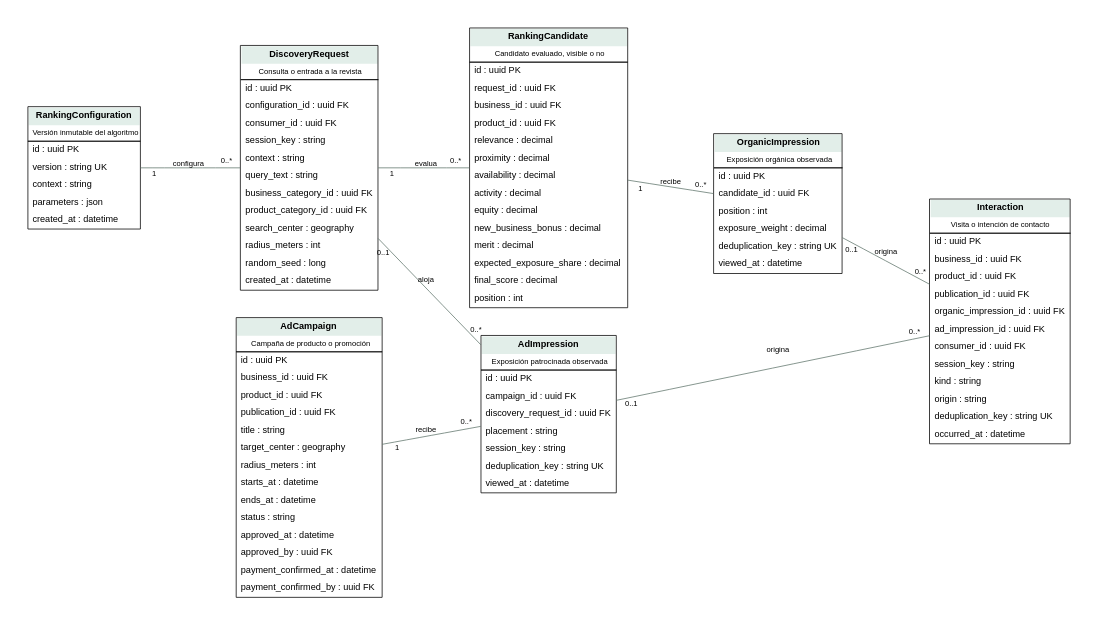
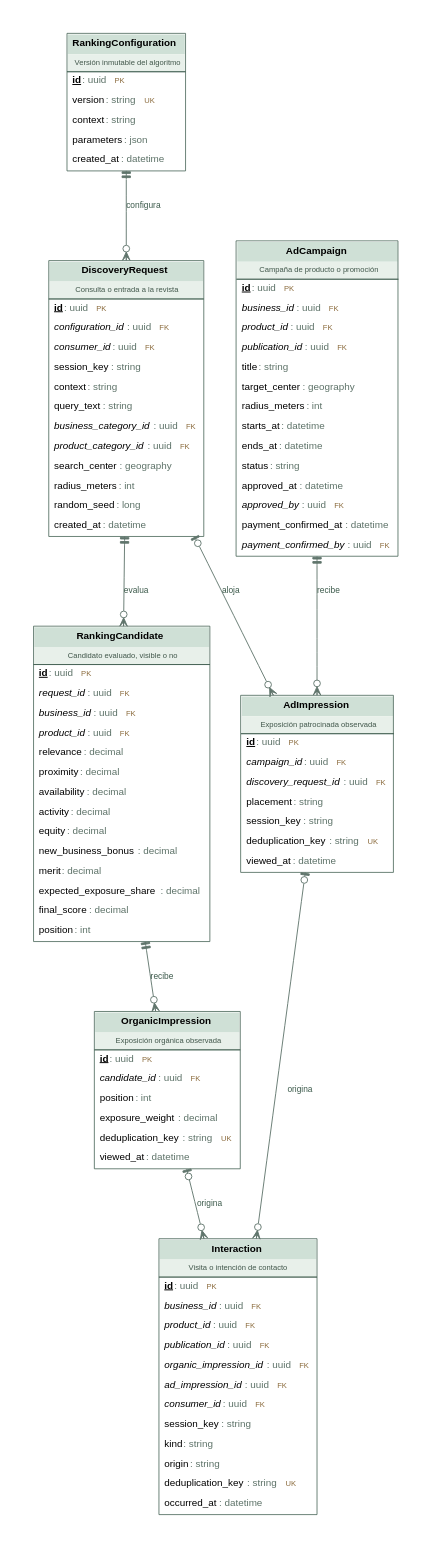
One commit to agustinlopez23/tesis changed the diagram in Doc/model/figures/ER-03-descubrimiento.dot. Above: the diagram before and after it, drawn with Graphviz. The commit also changed 420 other files, not shown here.

```diff
--- a/Doc/model/figures/ER-03-descubrimiento.dot
+++ b/Doc/model/figures/ER-03-descubrimiento.dot
@@ -1,13 +1,13 @@
-digraph G { graph [rankdir=LR,bgcolor="white",pad=0.4,nodesep=0.5,ranksep=1.2]; node [shape=plain,fontname="Arial",fontsize=12]; edge [fontname="Arial",fontsize=10,color="#60756c"]; RankingConfiguration [label=<<TABLE BORDER="1" CELLBORDER="0" CELLSPACING="0" CELLPADDING="5"><TR><TD BGCOLOR="#e2eee9"><B>RankingConfiguration</B></TD></TR><TR><TD><FONT POINT-SIZE="10">Versión inmutable del algoritmo</FONT></TD></TR><HR/><TR><TD ALIGN="LEFT">id : uuid PK</TD></TR><TR><TD ALIGN="LEFT">version : string UK</TD></TR><TR><TD ALIGN="LEFT">context : string </TD></TR><TR><TD ALIGN="LEFT">parameters : json </TD></TR><TR><TD ALIGN="LEFT">created_at : datetime </TD></TR></TABLE>>];
-DiscoveryRequest [label=<<TABLE BORDER="1" CELLBORDER="0" CELLSPACING="0" CELLPADDING="5"><TR><TD BGCOLOR="#e2eee9"><B>DiscoveryRequest</B></TD></TR><TR><TD><FONT POINT-SIZE="10">Consulta o entrada a la revista</FONT></TD></TR><HR/><TR><TD ALIGN="LEFT">id : uuid PK</TD></TR><TR><TD ALIGN="LEFT">configuration_id : uuid FK</TD></TR><TR><TD ALIGN="LEFT">consumer_id : uuid FK</TD></TR><TR><TD ALIGN="LEFT">session_key : string </TD></TR><TR><TD ALIGN="LEFT">context : string </TD></TR><TR><TD ALIGN="LEFT">query_text : string </TD></TR><TR><TD ALIGN="LEFT">business_category_id : uuid FK</TD></TR><TR><TD ALIGN="LEFT">product_category_id : uuid FK</TD></TR><TR><TD ALIGN="LEFT">search_center : geography </TD></TR><TR><TD ALIGN="LEFT">radius_meters : int </TD></TR><TR><TD ALIGN="LEFT">random_seed : long </TD></TR><TR><TD ALIGN="LEFT">created_at : datetime </TD></TR></TABLE>>];
-RankingCandidate [label=<<TABLE BORDER="1" CELLBORDER="0" CELLSPACING="0" CELLPADDING="5"><TR><TD BGCOLOR="#e2eee9"><B>RankingCandidate</B></TD></TR><TR><TD><FONT POINT-SIZE="10">Candidato evaluado, visible o no</FONT></TD></TR><HR/><TR><TD ALIGN="LEFT">id : uuid PK</TD></TR><TR><TD ALIGN="LEFT">request_id : uuid FK</TD></TR><TR><TD ALIGN="LEFT">business_id : uuid FK</TD></TR><TR><TD ALIGN="LEFT">product_id : uuid FK</TD></TR><TR><TD ALIGN="LEFT">relevance : decimal </TD></TR><TR><TD ALIGN="LEFT">proximity : decimal </TD></TR><TR><TD ALIGN="LEFT">availability : decimal </TD></TR><TR><TD ALIGN="LEFT">activity : decimal </TD></TR><TR><TD ALIGN="LEFT">equity : decimal </TD></TR><TR><TD ALIGN="LEFT">new_business_bonus : decimal </TD></TR><TR><TD ALIGN="LEFT">merit : decimal </TD></TR><TR><TD ALIGN="LEFT">expected_exposure_share : decimal </TD></TR><TR><TD ALIGN="LEFT">final_score : decimal </TD></TR><TR><TD ALIGN="LEFT">position : int </TD></TR></TABLE>>];
-OrganicImpression [label=<<TABLE BORDER="1" CELLBORDER="0" CELLSPACING="0" CELLPADDING="5"><TR><TD BGCOLOR="#e2eee9"><B>OrganicImpression</B></TD></TR><TR><TD><FONT POINT-SIZE="10">Exposición orgánica observada</FONT></TD></TR><HR/><TR><TD ALIGN="LEFT">id : uuid PK</TD></TR><TR><TD ALIGN="LEFT">candidate_id : uuid FK</TD></TR><TR><TD ALIGN="LEFT">position : int </TD></TR><TR><TD ALIGN="LEFT">exposure_weight : decimal </TD></TR><TR><TD ALIGN="LEFT">deduplication_key : string UK</TD></TR><TR><TD ALIGN="LEFT">viewed_at : datetime </TD></TR></TABLE>>];
-AdCampaign [label=<<TABLE BORDER="1" CELLBORDER="0" CELLSPACING="0" CELLPADDING="5"><TR><TD BGCOLOR="#e2eee9"><B>AdCampaign</B></TD></TR><TR><TD><FONT POINT-SIZE="10">Campaña de producto o promoción</FONT></TD></TR><HR/><TR><TD ALIGN="LEFT">id : uuid PK</TD></TR><TR><TD ALIGN="LEFT">business_id : uuid FK</TD></TR><TR><TD ALIGN="LEFT">product_id : uuid FK</TD></TR><TR><TD ALIGN="LEFT">publication_id : uuid FK</TD></TR><TR><TD ALIGN="LEFT">title : string </TD></TR><TR><TD ALIGN="LEFT">target_center : geography </TD></TR><TR><TD ALIGN="LEFT">radius_meters : int </TD></TR><TR><TD ALIGN="LEFT">starts_at : datetime </TD></TR><TR><TD ALIGN="LEFT">ends_at : datetime </TD></TR><TR><TD ALIGN="LEFT">status : string </TD></TR><TR><TD ALIGN="LEFT">approved_at : datetime </TD></TR><TR><TD ALIGN="LEFT">approved_by : uuid FK</TD></TR><TR><TD ALIGN="LEFT">payment_confirmed_at : datetime </TD></TR><TR><TD ALIGN="LEFT">payment_confirmed_by : uuid FK</TD></TR></TABLE>>];
-AdImpression [label=<<TABLE BORDER="1" CELLBORDER="0" CELLSPACING="0" CELLPADDING="5"><TR><TD BGCOLOR="#e2eee9"><B>AdImpression</B></TD></TR><TR><TD><FONT POINT-SIZE="10">Exposición patrocinada observada</FONT></TD></TR><HR/><TR><TD ALIGN="LEFT">id : uuid PK</TD></TR><TR><TD ALIGN="LEFT">campaign_id : uuid FK</TD></TR><TR><TD ALIGN="LEFT">discovery_request_id : uuid FK</TD></TR><TR><TD ALIGN="LEFT">placement : string </TD></TR><TR><TD ALIGN="LEFT">session_key : string </TD></TR><TR><TD ALIGN="LEFT">deduplication_key : string UK</TD></TR><TR><TD ALIGN="LEFT">viewed_at : datetime </TD></TR></TABLE>>];
-Interaction [label=<<TABLE BORDER="1" CELLBORDER="0" CELLSPACING="0" CELLPADDING="5"><TR><TD BGCOLOR="#e2eee9"><B>Interaction</B></TD></TR><TR><TD><FONT POINT-SIZE="10">Visita o intención de contacto</FONT></TD></TR><HR/><TR><TD ALIGN="LEFT">id : uuid PK</TD></TR><TR><TD ALIGN="LEFT">business_id : uuid FK</TD></TR><TR><TD ALIGN="LEFT">product_id : uuid FK</TD></TR><TR><TD ALIGN="LEFT">publication_id : uuid FK</TD></TR><TR><TD ALIGN="LEFT">organic_impression_id : uuid FK</TD></TR><TR><TD ALIGN="LEFT">ad_impression_id : uuid FK</TD></TR><TR><TD ALIGN="LEFT">consumer_id : uuid FK</TD></TR><TR><TD ALIGN="LEFT">session_key : string </TD></TR><TR><TD ALIGN="LEFT">kind : string </TD></TR><TR><TD ALIGN="LEFT">origin : string </TD></TR><TR><TD ALIGN="LEFT">deduplication_key : string UK</TD></TR><TR><TD ALIGN="LEFT">occurred_at : datetime </TD></TR></TABLE>>]; RankingConfiguration -> DiscoveryRequest [dir=none,taillabel="1",headlabel="0..*",label="configura",labeldistance=2];
-DiscoveryRequest -> RankingCandidate [dir=none,taillabel="1",headlabel="0..*",label="evalua",labeldistance=2];
-RankingCandidate -> OrganicImpression [dir=none,taillabel="1",headlabel="0..*",label="recibe",labeldistance=2];
-AdCampaign -> AdImpression [dir=none,taillabel="1",headlabel="0..*",label="recibe",labeldistance=2];
-DiscoveryRequest -> AdImpression [dir=none,taillabel="0..1",headlabel="0..*",label="aloja",labeldistance=2];
-OrganicImpression -> Interaction [dir=none,taillabel="0..1",headlabel="0..*",label="origina",labeldistance=2];
-AdImpression -> Interaction [dir=none,taillabel="0..1",headlabel="0..*",label="origina",labeldistance=2]; }
+digraph G { graph [rankdir=TB,bgcolor="white",pad=0.5,nodesep=0.55,ranksep=1.1,splines=polyline,concentrate=false,fontname="Arial"]; node [shape=plain,fontname="Arial",fontsize=13]; edge [fontname="Arial",fontsize=11,color="#60756c",penwidth=1.2,arrowsize=1.1]; RankingConfiguration [label=<<TABLE BORDER="1" CELLBORDER="0" CELLSPACING="0" CELLPADDING="6" COLOR="#3f5d4e"><TR><TD BGCOLOR="#cfe0d6"><B>RankingConfiguration</B></TD></TR><TR><TD BGCOLOR="#e8f0ea"><FONT POINT-SIZE="10" COLOR="#40564a">Versión inmutable del algoritmo</FONT></TD></TR><HR/><TR><TD ALIGN="LEFT"><B><U>id</U></B><FONT COLOR="#5d7268"> : uuid</FONT><FONT COLOR="#8a6a3c" POINT-SIZE="10">   PK</FONT></TD></TR><TR><TD ALIGN="LEFT">version<FONT COLOR="#5d7268"> : string</FONT><FONT COLOR="#8a6a3c" POINT-SIZE="10">   UK</FONT></TD></TR><TR><TD ALIGN="LEFT">context<FONT COLOR="#5d7268"> : string</FONT></TD></TR><TR><TD ALIGN="LEFT">parameters<FONT COLOR="#5d7268"> : json</FONT></TD></TR><TR><TD ALIGN="LEFT">created_at<FONT COLOR="#5d7268"> : datetime</FONT></TD></TR></TABLE>>];
+DiscoveryRequest [label=<<TABLE BORDER="1" CELLBORDER="0" CELLSPACING="0" CELLPADDING="6" COLOR="#3f5d4e"><TR><TD BGCOLOR="#cfe0d6"><B>DiscoveryRequest</B></TD></TR><TR><TD BGCOLOR="#e8f0ea"><FONT POINT-SIZE="10" COLOR="#40564a">Consulta o entrada a la revista</FONT></TD></TR><HR/><TR><TD ALIGN="LEFT"><B><U>id</U></B><FONT COLOR="#5d7268"> : uuid</FONT><FONT COLOR="#8a6a3c" POINT-SIZE="10">   PK</FONT></TD></TR><TR><TD ALIGN="LEFT"><I>configuration_id</I><FONT COLOR="#5d7268"> : uuid</FONT><FONT COLOR="#8a6a3c" POINT-SIZE="10">   FK</FONT></TD></TR><TR><TD ALIGN="LEFT"><I>consumer_id</I><FONT COLOR="#5d7268"> : uuid</FONT><FONT COLOR="#8a6a3c" POINT-SIZE="10">   FK</FONT></TD></TR><TR><TD ALIGN="LEFT">session_key<FONT COLOR="#5d7268"> : string</FONT></TD></TR><TR><TD ALIGN="LEFT">context<FONT COLOR="#5d7268"> : string</FONT></TD></TR><TR><TD ALIGN="LEFT">query_text<FONT COLOR="#5d7268"> : string</FONT></TD></TR><TR><TD ALIGN="LEFT"><I>business_category_id</I><FONT COLOR="#5d7268"> : uuid</FONT><FONT COLOR="#8a6a3c" POINT-SIZE="10">   FK</FONT></TD></TR><TR><TD ALIGN="LEFT"><I>product_category_id</I><FONT COLOR="#5d7268"> : uuid</FONT><FONT COLOR="#8a6a3c" POINT-SIZE="10">   FK</FONT></TD></TR><TR><TD ALIGN="LEFT">search_center<FONT COLOR="#5d7268"> : geography</FONT></TD></TR><TR><TD ALIGN="LEFT">radius_meters<FONT COLOR="#5d7268"> : int</FONT></TD></TR><TR><TD ALIGN="LEFT">random_seed<FONT COLOR="#5d7268"> : long</FONT></TD></TR><TR><TD ALIGN="LEFT">created_at<FONT COLOR="#5d7268"> : datetime</FONT></TD></TR></TABLE>>];
+RankingCandidate [label=<<TABLE BORDER="1" CELLBORDER="0" CELLSPACING="0" CELLPADDING="6" COLOR="#3f5d4e"><TR><TD BGCOLOR="#cfe0d6"><B>RankingCandidate</B></TD></TR><TR><TD BGCOLOR="#e8f0ea"><FONT POINT-SIZE="10" COLOR="#40564a">Candidato evaluado, visible o no</FONT></TD></TR><HR/><TR><TD ALIGN="LEFT"><B><U>id</U></B><FONT COLOR="#5d7268"> : uuid</FONT><FONT COLOR="#8a6a3c" POINT-SIZE="10">   PK</FONT></TD></TR><TR><TD ALIGN="LEFT"><I>request_id</I><FONT COLOR="#5d7268"> : uuid</FONT><FONT COLOR="#8a6a3c" POINT-SIZE="10">   FK</FONT></TD></TR><TR><TD ALIGN="LEFT"><I>business_id</I><FONT COLOR="#5d7268"> : uuid</FONT><FONT COLOR="#8a6a3c" POINT-SIZE="10">   FK</FONT></TD></TR><TR><TD ALIGN="LEFT"><I>product_id</I><FONT COLOR="#5d7268"> : uuid</FONT><FONT COLOR="#8a6a3c" POINT-SIZE="10">   FK</FONT></TD></TR><TR><TD ALIGN="LEFT">relevance<FONT COLOR="#5d7268"> : decimal</FONT></TD></TR><TR><TD ALIGN="LEFT">proximity<FONT COLOR="#5d7268"> : decimal</FONT></TD></TR><TR><TD ALIGN="LEFT">availability<FONT COLOR="#5d7268"> : decimal</FONT></TD></TR><TR><TD ALIGN="LEFT">activity<FONT COLOR="#5d7268"> : decimal</FONT></TD></TR><TR><TD ALIGN="LEFT">equity<FONT COLOR="#5d7268"> : decimal</FONT></TD></TR><TR><TD ALIGN="LEFT">new_business_bonus<FONT COLOR="#5d7268"> : decimal</FONT></TD></TR><TR><TD ALIGN="LEFT">merit<FONT COLOR="#5d7268"> : decimal</FONT></TD></TR><TR><TD ALIGN="LEFT">expected_exposure_share<FONT COLOR="#5d7268"> : decimal</FONT></TD></TR><TR><TD ALIGN="LEFT">final_score<FONT COLOR="#5d7268"> : decimal</FONT></TD></TR><TR><TD ALIGN="LEFT">position<FONT COLOR="#5d7268"> : int</FONT></TD></TR></TABLE>>];
+OrganicImpression [label=<<TABLE BORDER="1" CELLBORDER="0" CELLSPACING="0" CELLPADDING="6" COLOR="#3f5d4e"><TR><TD BGCOLOR="#cfe0d6"><B>OrganicImpression</B></TD></TR><TR><TD BGCOLOR="#e8f0ea"><FONT POINT-SIZE="10" COLOR="#40564a">Exposición orgánica observada</FONT></TD></TR><HR/><TR><TD ALIGN="LEFT"><B><U>id</U></B><FONT COLOR="#5d7268"> : uuid</FONT><FONT COLOR="#8a6a3c" POINT-SIZE="10">   PK</FONT></TD></TR><TR><TD ALIGN="LEFT"><I>candidate_id</I><FONT COLOR="#5d7268"> : uuid</FONT><FONT COLOR="#8a6a3c" POINT-SIZE="10">   FK</FONT></TD></TR><TR><TD ALIGN="LEFT">position<FONT COLOR="#5d7268"> : int</FONT></TD></TR><TR><TD ALIGN="LEFT">exposure_weight<FONT COLOR="#5d7268"> : decimal</FONT></TD></TR><TR><TD ALIGN="LEFT">deduplication_key<FONT COLOR="#5d7268"> : string</FONT><FONT COLOR="#8a6a3c" POINT-SIZE="10">   UK</FONT></TD></TR><TR><TD ALIGN="LEFT">viewed_at<FONT COLOR="#5d7268"> : datetime</FONT></TD></TR></TABLE>>];
+AdCampaign [label=<<TABLE BORDER="1" CELLBORDER="0" CELLSPACING="0" CELLPADDING="6" COLOR="#3f5d4e"><TR><TD BGCOLOR="#cfe0d6"><B>AdCampaign</B></TD></TR><TR><TD BGCOLOR="#e8f0ea"><FONT POINT-SIZE="10" COLOR="#40564a">Campaña de producto o promoción</FONT></TD></TR><HR/><TR><TD ALIGN="LEFT"><B><U>id</U></B><FONT COLOR="#5d7268"> : uuid</FONT><FONT COLOR="#8a6a3c" POINT-SIZE="10">   PK</FONT></TD></TR><TR><TD ALIGN="LEFT"><I>business_id</I><FONT COLOR="#5d7268"> : uuid</FONT><FONT COLOR="#8a6a3c" POINT-SIZE="10">   FK</FONT></TD></TR><TR><TD ALIGN="LEFT"><I>product_id</I><FONT COLOR="#5d7268"> : uuid</FONT><FONT COLOR="#8a6a3c" POINT-SIZE="10">   FK</FONT></TD></TR><TR><TD ALIGN="LEFT"><I>publication_id</I><FONT COLOR="#5d7268"> : uuid</FONT><FONT COLOR="#8a6a3c" POINT-SIZE="10">   FK</FONT></TD></TR><TR><TD ALIGN="LEFT">title<FONT COLOR="#5d7268"> : string</FONT></TD></TR><TR><TD ALIGN="LEFT">target_center<FONT COLOR="#5d7268"> : geography</FONT></TD></TR><TR><TD ALIGN="LEFT">radius_meters<FONT COLOR="#5d7268"> : int</FONT></TD></TR><TR><TD ALIGN="LEFT">starts_at<FONT COLOR="#5d7268"> : datetime</FONT></TD></TR><TR><TD ALIGN="LEFT">ends_at<FONT COLOR="#5d7268"> : datetime</FONT></TD></TR><TR><TD ALIGN="LEFT">status<FONT COLOR="#5d7268"> : string</FONT></TD></TR><TR><TD ALIGN="LEFT">approved_at<FONT COLOR="#5d7268"> : datetime</FONT></TD></TR><TR><TD ALIGN="LEFT"><I>approved_by</I><FONT COLOR="#5d7268"> : uuid</FONT><FONT COLOR="#8a6a3c" POINT-SIZE="10">   FK</FONT></TD></TR><TR><TD ALIGN="LEFT">payment_confirmed_at<FONT COLOR="#5d7268"> : datetime</FONT></TD></TR><TR><TD ALIGN="LEFT"><I>payment_confirmed_by</I><FONT COLOR="#5d7268"> : uuid</FONT><FONT COLOR="#8a6a3c" POINT-SIZE="10">   FK</FONT></TD></TR></TABLE>>];
+AdImpression [label=<<TABLE BORDER="1" CELLBORDER="0" CELLSPACING="0" CELLPADDING="6" COLOR="#3f5d4e"><TR><TD BGCOLOR="#cfe0d6"><B>AdImpression</B></TD></TR><TR><TD BGCOLOR="#e8f0ea"><FONT POINT-SIZE="10" COLOR="#40564a">Exposición patrocinada observada</FONT></TD></TR><HR/><TR><TD ALIGN="LEFT"><B><U>id</U></B><FONT COLOR="#5d7268"> : uuid</FONT><FONT COLOR="#8a6a3c" POINT-SIZE="10">   PK</FONT></TD></TR><TR><TD ALIGN="LEFT"><I>campaign_id</I><FONT COLOR="#5d7268"> : uuid</FONT><FONT COLOR="#8a6a3c" POINT-SIZE="10">   FK</FONT></TD></TR><TR><TD ALIGN="LEFT"><I>discovery_request_id</I><FONT COLOR="#5d7268"> : uuid</FONT><FONT COLOR="#8a6a3c" POINT-SIZE="10">   FK</FONT></TD></TR><TR><TD ALIGN="LEFT">placement<FONT COLOR="#5d7268"> : string</FONT></TD></TR><TR><TD ALIGN="LEFT">session_key<FONT COLOR="#5d7268"> : string</FONT></TD></TR><TR><TD ALIGN="LEFT">deduplication_key<FONT COLOR="#5d7268"> : string</FONT><FONT COLOR="#8a6a3c" POINT-SIZE="10">   UK</FONT></TD></TR><TR><TD ALIGN="LEFT">viewed_at<FONT COLOR="#5d7268"> : datetime</FONT></TD></TR></TABLE>>];
+Interaction [label=<<TABLE BORDER="1" CELLBORDER="0" CELLSPACING="0" CELLPADDING="6" COLOR="#3f5d4e"><TR><TD BGCOLOR="#cfe0d6"><B>Interaction</B></TD></TR><TR><TD BGCOLOR="#e8f0ea"><FONT POINT-SIZE="10" COLOR="#40564a">Visita o intención de contacto</FONT></TD></TR><HR/><TR><TD ALIGN="LEFT"><B><U>id</U></B><FONT COLOR="#5d7268"> : uuid</FONT><FONT COLOR="#8a6a3c" POINT-SIZE="10">   PK</FONT></TD></TR><TR><TD ALIGN="LEFT"><I>business_id</I><FONT COLOR="#5d7268"> : uuid</FONT><FONT COLOR="#8a6a3c" POINT-SIZE="10">   FK</FONT></TD></TR><TR><TD ALIGN="LEFT"><I>product_id</I><FONT COLOR="#5d7268"> : uuid</FONT><FONT COLOR="#8a6a3c" POINT-SIZE="10">   FK</FONT></TD></TR><TR><TD ALIGN="LEFT"><I>publication_id</I><FONT COLOR="#5d7268"> : uuid</FONT><FONT COLOR="#8a6a3c" POINT-SIZE="10">   FK</FONT></TD></TR><TR><TD ALIGN="LEFT"><I>organic_impression_id</I><FONT COLOR="#5d7268"> : uuid</FONT><FONT COLOR="#8a6a3c" POINT-SIZE="10">   FK</FONT></TD></TR><TR><TD ALIGN="LEFT"><I>ad_impression_id</I><FONT COLOR="#5d7268"> : uuid</FONT><FONT COLOR="#8a6a3c" POINT-SIZE="10">   FK</FONT></TD></TR><TR><TD ALIGN="LEFT"><I>consumer_id</I><FONT COLOR="#5d7268"> : uuid</FONT><FONT COLOR="#8a6a3c" POINT-SIZE="10">   FK</FONT></TD></TR><TR><TD ALIGN="LEFT">session_key<FONT COLOR="#5d7268"> : string</FONT></TD></TR><TR><TD ALIGN="LEFT">kind<FONT COLOR="#5d7268"> : string</FONT></TD></TR><TR><TD ALIGN="LEFT">origin<FONT COLOR="#5d7268"> : string</FONT></TD></TR><TR><TD ALIGN="LEFT">deduplication_key<FONT COLOR="#5d7268"> : string</FONT><FONT COLOR="#8a6a3c" POINT-SIZE="10">   UK</FONT></TD></TR><TR><TD ALIGN="LEFT">occurred_at<FONT COLOR="#5d7268"> : datetime</FONT></TD></TR></TABLE>>]; RankingConfiguration -> DiscoveryRequest [dir=both,arrowtail=teetee,arrowhead=crowodot,label="configura",fontsize=11,fontcolor="#3c5a4b"];
+DiscoveryRequest -> RankingCandidate [dir=both,arrowtail=teetee,arrowhead=crowodot,label="evalua",fontsize=11,fontcolor="#3c5a4b"];
+RankingCandidate -> OrganicImpression [dir=both,arrowtail=teetee,arrowhead=crowodot,label="recibe",fontsize=11,fontcolor="#3c5a4b"];
+AdCampaign -> AdImpression [dir=both,arrowtail=teetee,arrowhead=crowodot,label="recibe",fontsize=11,fontcolor="#3c5a4b"];
+DiscoveryRequest -> AdImpression [dir=both,arrowtail=teeodot,arrowhead=crowodot,label="aloja",fontsize=11,fontcolor="#3c5a4b"];
+OrganicImpression -> Interaction [dir=both,arrowtail=teeodot,arrowhead=crowodot,label="origina",fontsize=11,fontcolor="#3c5a4b"];
+AdImpression -> Interaction [dir=both,arrowtail=teeodot,arrowhead=crowodot,label="origina",fontsize=11,fontcolor="#3c5a4b"]; }
```
